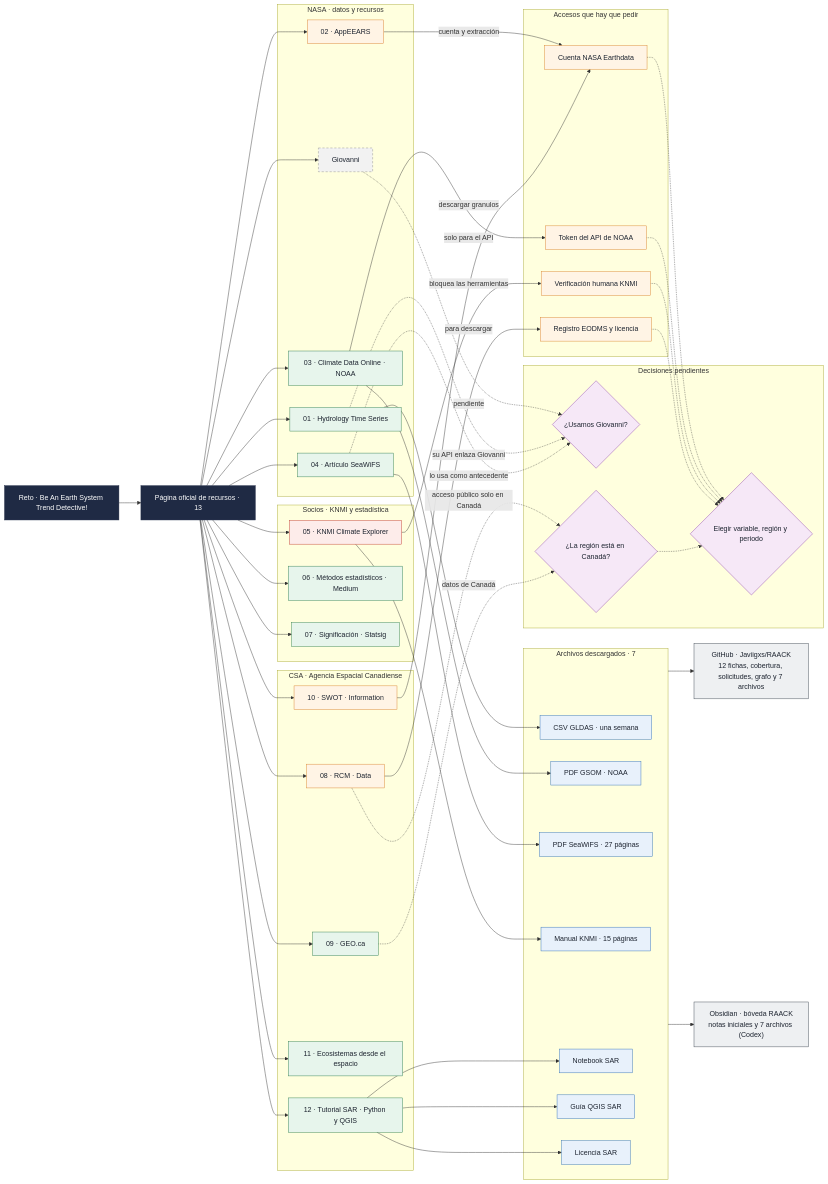
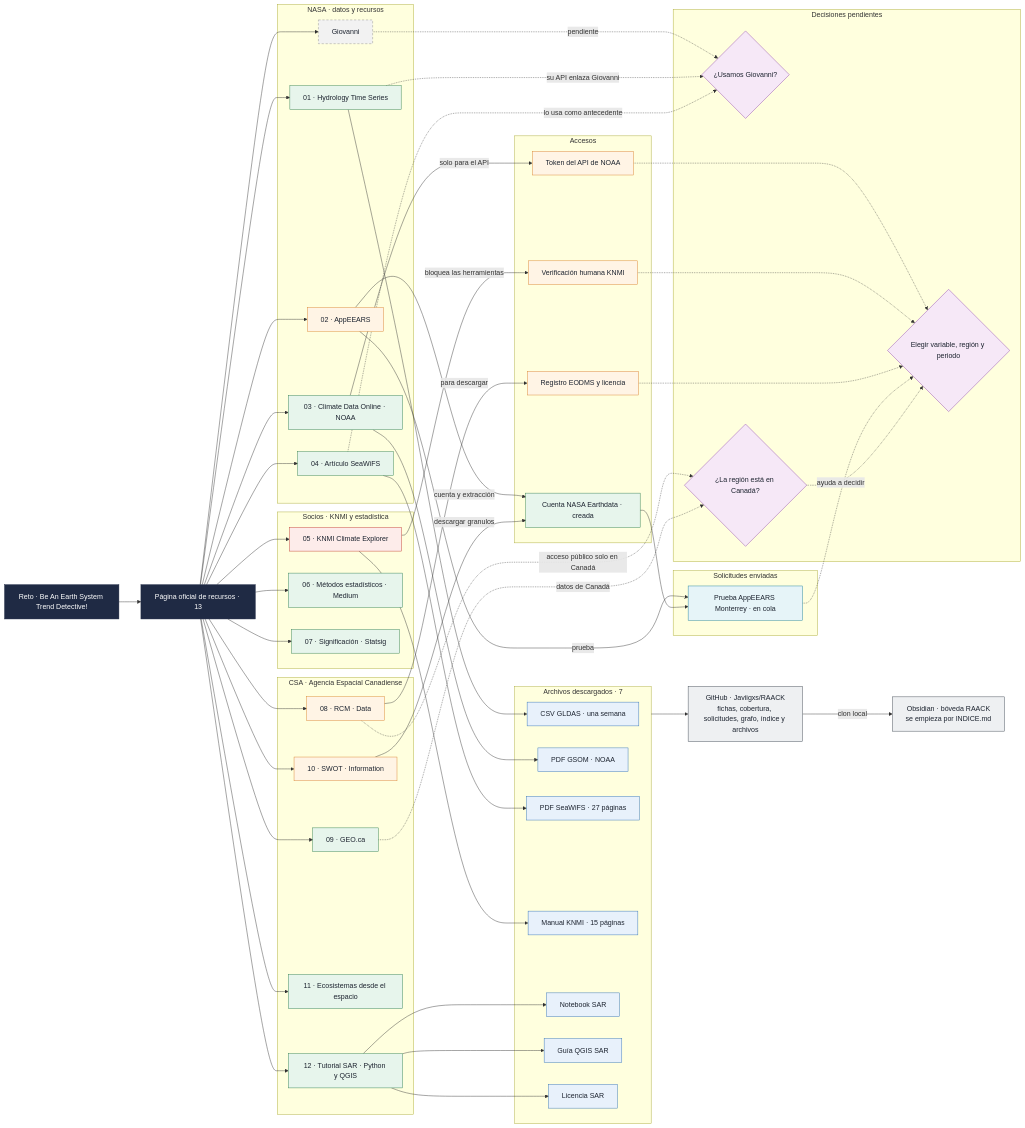
Before and after one commit to Javiigxs/RAACK: the diagram in docs/CONTEXTO.md, drawn with Mermaid. The commit also changed other lines of this file and 7 other files, not shown here.

First line of the commit message:
Añadir solicitud de prueba AppEEARS y actualizar grafo

```diff
--- a/docs/CONTEXTO.md
+++ b/docs/CONTEXTO.md
@@ -48,11 +48,14 @@
     f_sar_qgis["Guía QGIS SAR"]
     f_sar_lic["Licencia SAR"]
   end
-  subgraph ACC["Accesos que hay que pedir"]
-    a_earthdata["Cuenta NASA Earthdata"]
+  subgraph ACC["Accesos"]
+    a_earthdata["Cuenta NASA Earthdata · creada"]
     a_noaa["Token del API de NOAA"]
     a_knmi["Verificación humana KNMI"]
     a_eodms["Registro EODMS y licencia"]
+  end
+  subgraph SOL["Solicitudes enviadas"]
+    s_appeears["Prueba AppEEARS Monterrey · en cola"]
   end
   subgraph DEC["Decisiones pendientes"]
     d_giovanni{"¿Usamos Giovanni?"}
@@ -68,21 +71,23 @@
   sar --> f_sar_lic
   appeears -->|cuenta y extracción| a_earthdata
   swot -->|descargar granulos| a_earthdata
-  a_earthdata -.-> d_caso
   cdo -->|solo para el API| a_noaa
   a_noaa -.-> d_caso
   knmi -->|bloquea las herramientas| a_knmi
   a_knmi -.-> d_caso
   rcm -->|para descargar| a_eodms
   a_eodms -.-> d_caso
+  appeears -->|prueba| s_appeears
+  a_earthdata --> s_appeears
+  s_appeears -.->|ayuda a decidir| d_caso
   giovanni -.->|pendiente| d_giovanni
   hydrology -.->|su API enlaza Giovanni| d_giovanni
   seawifs -.->|lo usa como antecedente| d_giovanni
   rcm -.->|acceso público solo en Canadá| d_canada
   geo -.->|datos de Canadá| d_canada
   d_canada -.-> d_caso
-  ARCH --> github["GitHub · Javiigxs/RAACK<br/>12 fichas, cobertura, solicitudes, grafo y 7 archivos"]
-  ARCH --> obsidian["Obsidian · bóveda RAACK<br/>notas iniciales y 7 archivos (Codex)"]
+  ARCH --> github["GitHub · Javiigxs/RAACK<br/>fichas, cobertura, solicitudes, grafo, índice y archivos"]
+  github -->|clon local| obsidian["Obsidian · bóveda RAACK<br/>se empieza por INDICE.md"]
   classDef revisado fill:#e7f5ec,stroke:#2e7d4f,color:#1d2430
   classDef requiere fill:#fff4e5,stroke:#d9822b,color:#1d2430
   classDef bloqueado fill:#fdecea,stroke:#c0392b,color:#1d2430
@@ -91,13 +96,16 @@
   classDef acceso fill:#fff4e5,stroke:#d9822b,color:#1d2430
   classDef decision fill:#f6e8f7,stroke:#8e44ad,color:#1d2430
   classDef destino fill:#eef0f2,stroke:#3d4650,color:#1d2430
+  classDef solicitud fill:#e6f4f8,stroke:#1b7f99,color:#1d2430
   classDef inicio fill:#1f2a44,stroke:#1f2a44,color:#ffffff
   class hydrology,cdo,seawifs,medium,statsig,geo,ecosistemas,sar revisado
   class appeears,rcm,swot requiere
   class knmi bloqueado
   class giovanni noabierto
   class f_gldas,f_gsom,f_seawifs,f_knmi,f_sar_nb,f_sar_qgis,f_sar_lic archivo
-  class a_earthdata,a_noaa,a_knmi,a_eodms acceso
+  class a_noaa,a_knmi,a_eodms acceso
+  class a_earthdata revisado
+  class s_appeears solicitud
   class d_giovanni,d_canada,d_caso decision
   class github,obsidian destino
   class reto,pagina inicio
```
